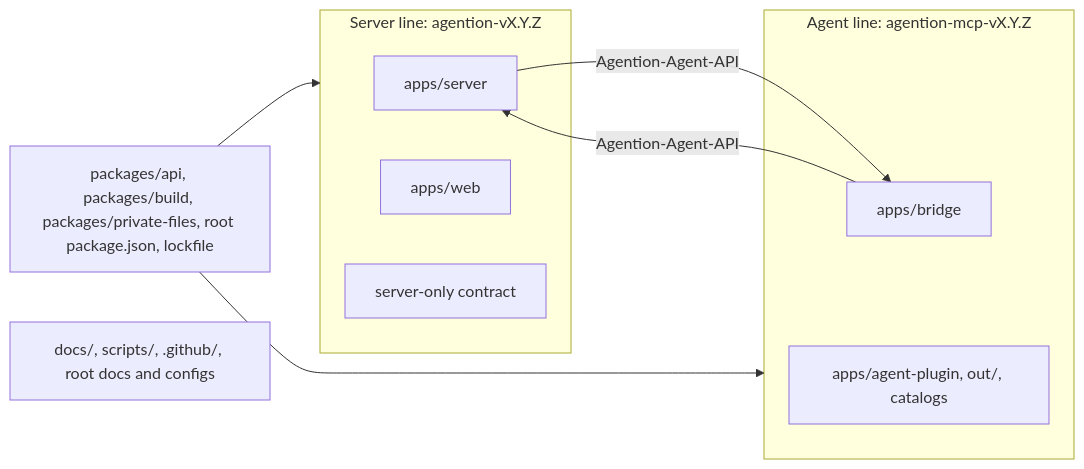
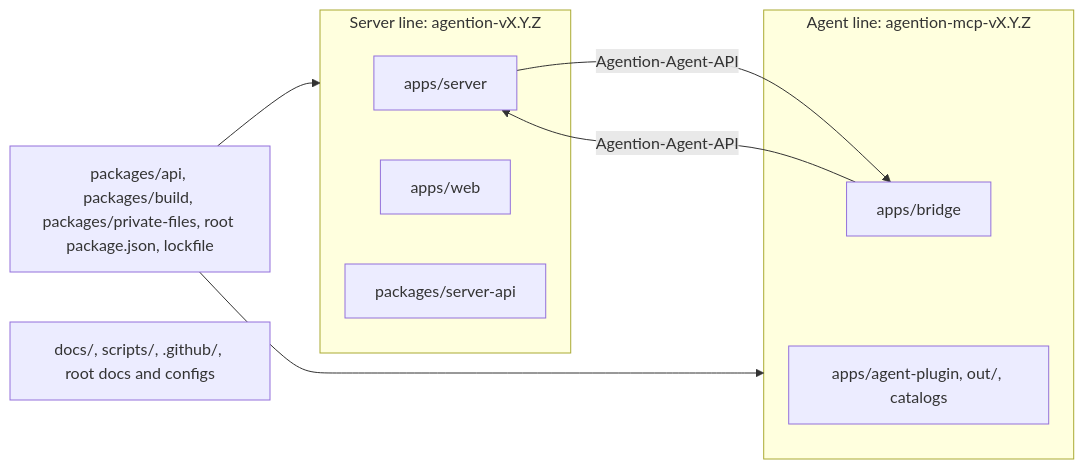
Before and after one commit to WayfarerLabs/agention: the diagram in docs/sdd/2026-11-22-separate-releases/hla.md, drawn with Mermaid. The commit also changed other lines of this file and 3 other files, not shown here.

````diff
--- a/docs/sdd/2026-11-22-separate-releases/hla.md
+++ b/docs/sdd/2026-11-22-separate-releases/hla.md
@@ -24,18 +24,18 @@
 ```mermaid
 flowchart LR
   subgraph serverLine["Server line: agention-vX.Y.Z"]
     server["apps/server"]
     web["apps/web"]
-    opApi["server-only contract"]
+    opApi["packages/server-api"]
   end
   subgraph agentLine["Agent line: agention-mcp-vX.Y.Z"]
     bridge["apps/bridge"]
     plugin["apps/agent-plugin, out/, catalogs"]
   end
   shared["packages/api, packages/build, packages/private-files, root package.json, lockfile"]
   none["docs/, scripts/, .github/, root docs and configs"]
   shared --> serverLine
   shared --> agentLine
   bridge -- "Agention-Agent-API" --> server
   server -- "Agention-Agent-API" --> bridge
 ```
````
